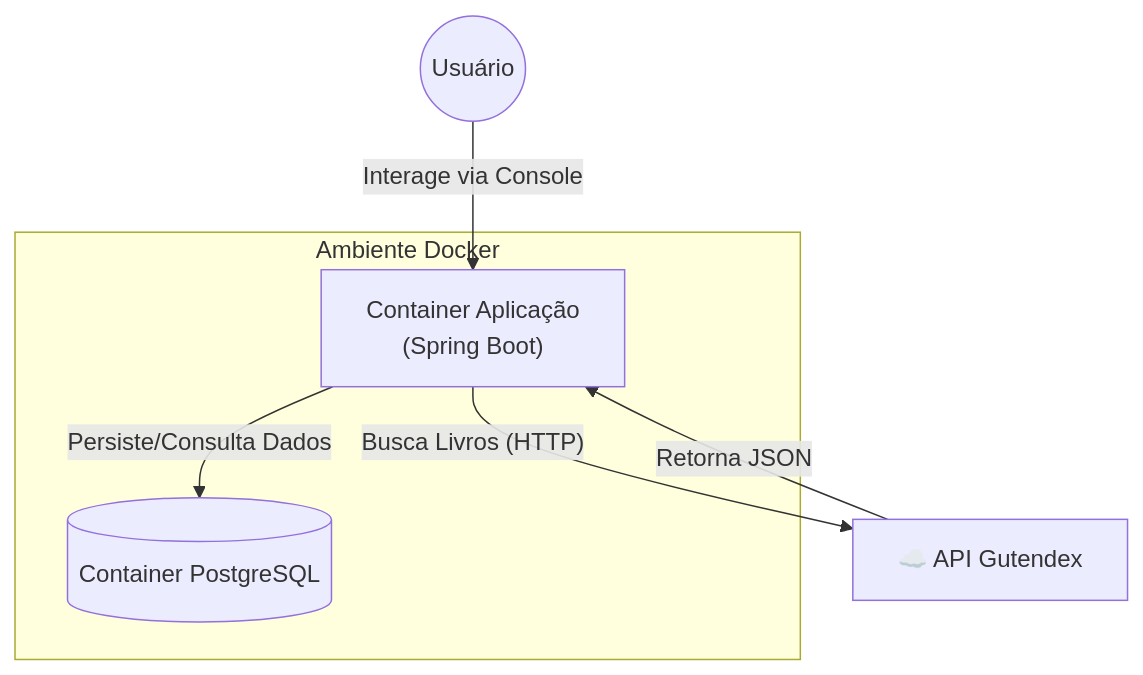
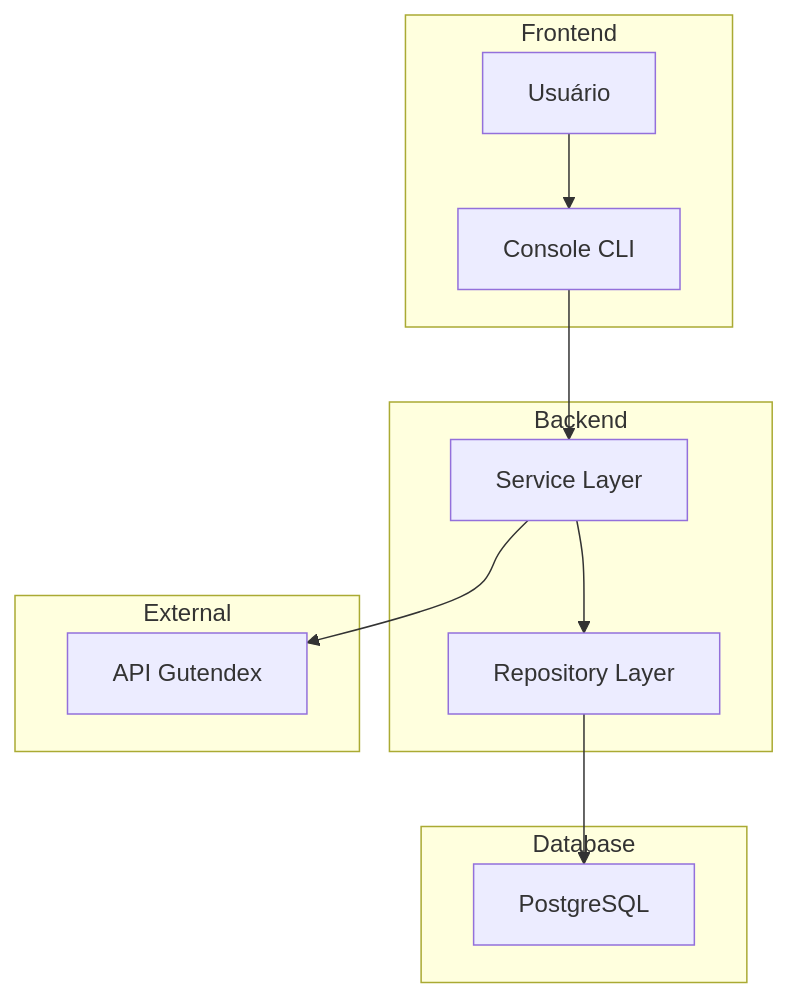
Before and after one commit to DessimA/literalura: the second of 3 diagrams in README.md, drawn with Mermaid. The commit also changed other lines of this file, not shown here.

````diff
--- a/README.md
+++ b/README.md
@@ -15,14 +64,26 @@
 ```mermaid
-graph TD
-    User((Usuário))
-    subgraph "Ambiente Docker"
-        App["Container Aplicação<br/>(Spring Boot)"]
-        DB[("Container PostgreSQL")]
+graph TB
+    subgraph "Frontend"
+        U[Usuário]
+        C[Console CLI]
     end
-    API[☁️ API Gutendex]
-
-    User -- "Interage via Console" --> App
-    App -- "Busca Livros (HTTP)" --> API
-    API -- "Retorna JSON" --> App
-    App -- "Persiste/Consulta Dados" --> DB
+    
+    subgraph "Backend"
+        S[Service Layer]
+        R[Repository Layer]
+    end
+    
+    subgraph "External"
+        G[API Gutendex]
+    end
+    
+    subgraph "Database"
+        D[PostgreSQL]
+    end
+    
+    U --> C
+    C --> S
+    S --> G
+    S --> R
+    R --> D
 ```
````
